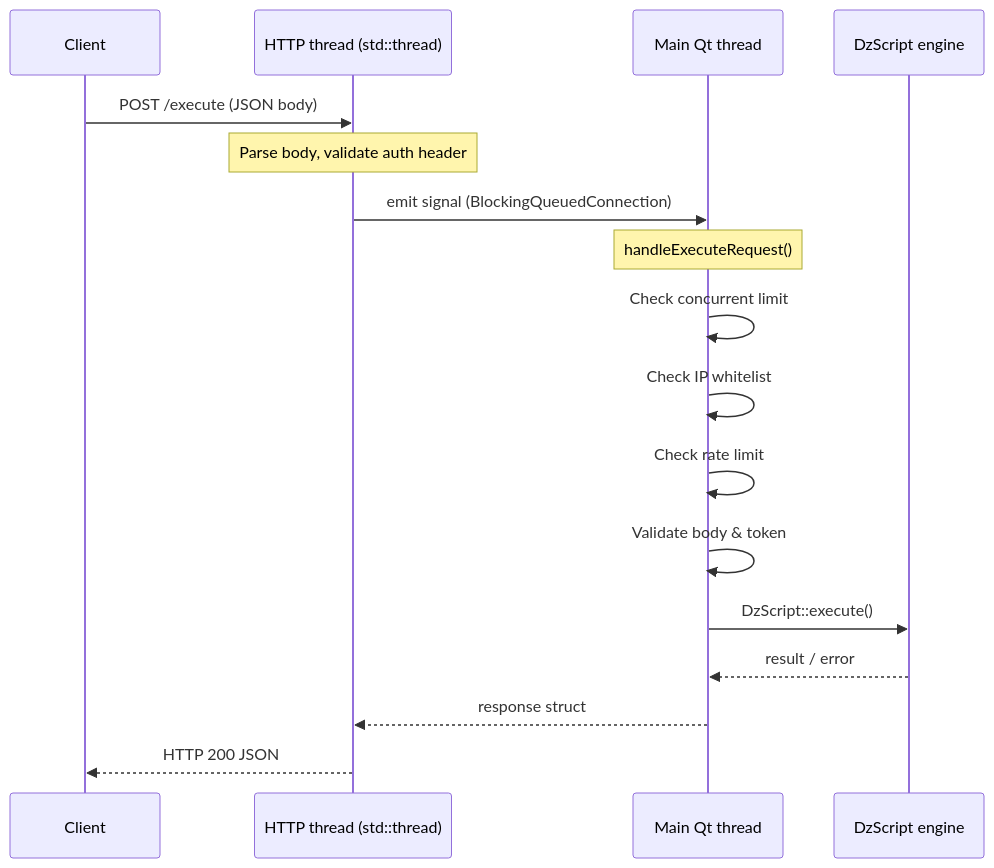
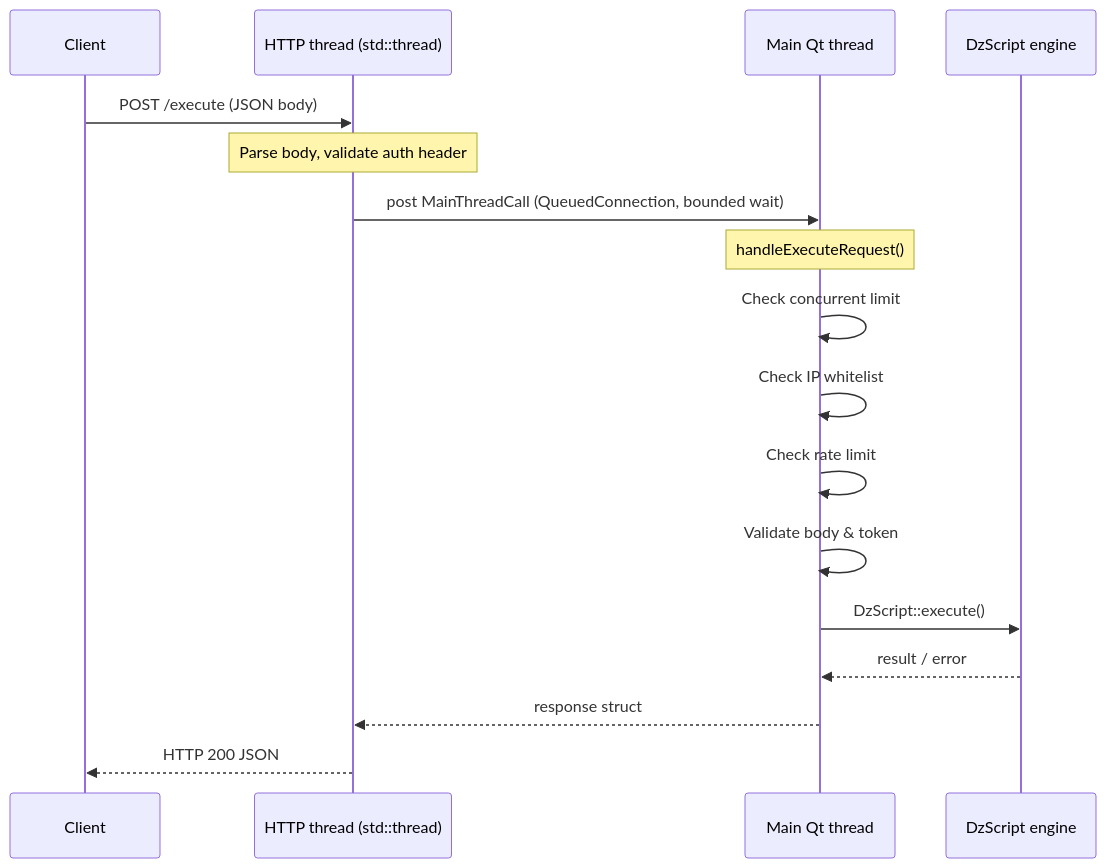
The second of 4 diagrams in ARCHITECTURE.md (bluemoonfoundry/daz-script-server), drawn with Mermaid before and after one commit. The commit also changed other lines of this file and 11 other files, not shown here.

First line of the commit message:
fix(server): one bounded main-thread crossing for every handler (yau7.2: W1, W2)

````diff
--- a/ARCHITECTURE.md
+++ b/ARCHITECTURE.md
@@ -66,20 +66,20 @@
 ```mermaid
 sequenceDiagram
     participant C as Client
     participant H as HTTP thread (std::thread)
     participant M as Main Qt thread
     participant D as DzScript engine
 
     C->>H: POST /execute (JSON body)
     Note over H: Parse body, validate auth header
-    H->>M: emit signal (BlockingQueuedConnection)
+    H->>M: post MainThreadCall (QueuedConnection, bounded wait)
     Note over M: handleExecuteRequest()
     M->>M: Check concurrent limit
     M->>M: Check IP whitelist
     M->>M: Check rate limit
     M->>M: Validate body & token
     M->>D: DzScript::execute()
     D-->>M: result / error
     M-->>H: response struct
     H-->>C: HTTP 200 JSON
 ```
````
